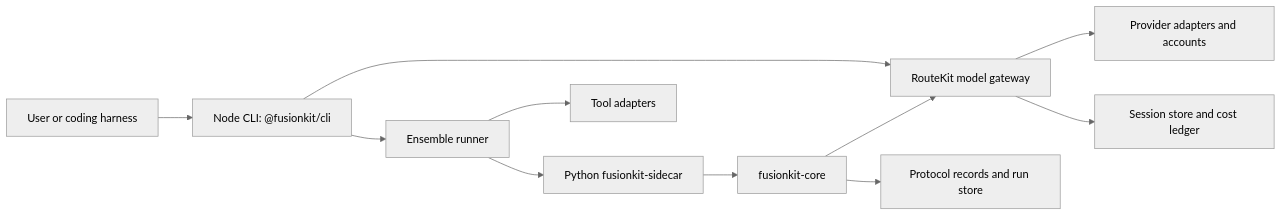
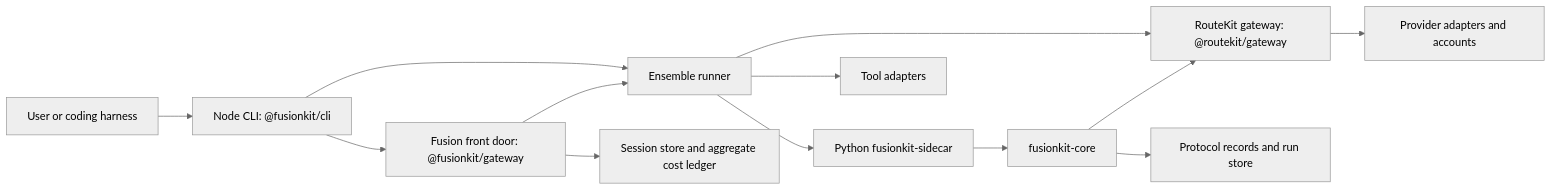
Before and after one commit to velum-labs/handoffkit: the first of 2 diagrams in docs/repository-reference.md, drawn with Mermaid (neutral theme). The commit also changed other lines of this file and 82 other files, not shown here.

````diff
--- a/docs/repository-reference.md
+++ b/docs/repository-reference.md
@@ -13,13 +13,15 @@
 ```mermaid
 flowchart LR
   User[User or coding harness] --> CLI[Node CLI: @fusionkit/cli]
-  CLI --> Gateway[RouteKit model gateway]
+  CLI --> FusionGateway["Fusion front door: @fusionkit/gateway"]
   CLI --> Ensemble[Ensemble runner]
-  Gateway --> Providers[Provider adapters and accounts]
+  FusionGateway --> Sessions[Session store and aggregate cost ledger]
+  FusionGateway --> Ensemble
+  Ensemble --> RouteKitGateway["RouteKit gateway: @routekit/gateway"]
+  RouteKitGateway --> Providers[Provider adapters and accounts]
   Ensemble --> PythonServer[Python fusionkit-sidecar]
   Ensemble --> Tools[Tool adapters]
   PythonServer --> Core[fusionkit-core]
-  Core --> Gateway
+  Core --> RouteKitGateway
   Core --> Records[Protocol records and run store]
-  Gateway --> Sessions[Session store and cost ledger]
 ```
````
